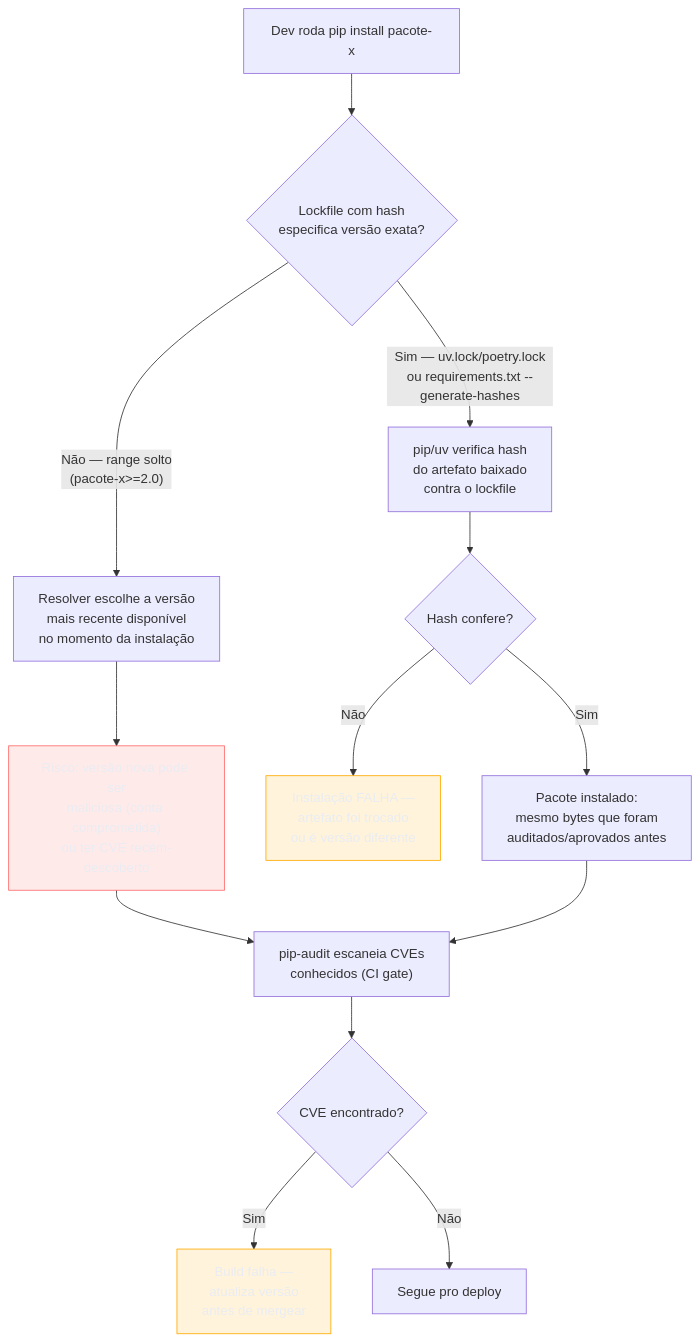
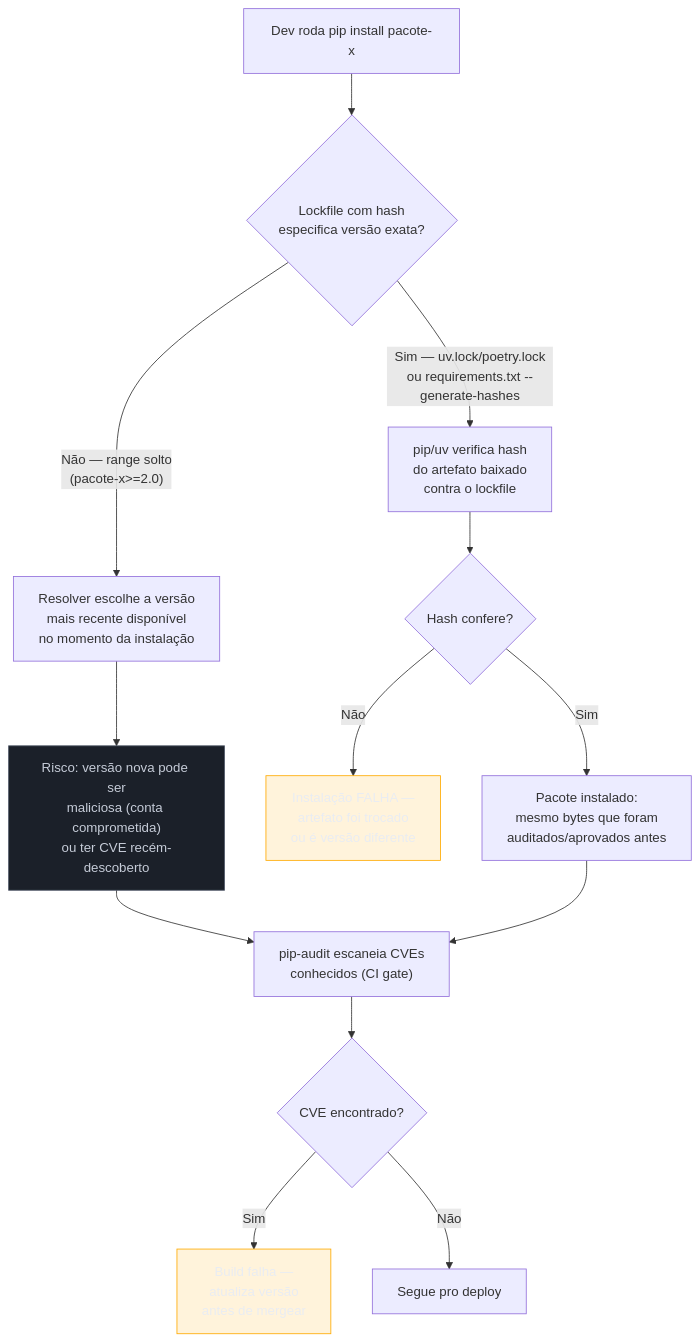
The diagram in 03-Dominios/Tecnologia/Python/Segurança/07 - Segurança de dependências e supply chain.md (josenaldo/codex-technomanticus), drawn with Mermaid before and after one commit. The commit also changed 601 other files, not shown here.

````diff
--- a/03-Dominios/Tecnologia/Python/Segurança/07 - Segurança de dependências e supply chain.md
+++ b/03-Dominios/Tecnologia/Python/Segurança/07 - Segurança de dependências e supply chain.md
@@ -41,21 +41,21 @@
 ```mermaid
 flowchart TD
-    classDef falha fill:#FF6B6B24,stroke:#FF6B6B,color:#E9ECF2
+    classDef neutro fill:#1B2029,stroke:#4E5666,color:#C6CCD8
     classDef destaque fill:#FFAA0024,stroke:#FFAA00,color:#E9ECF2
     A["Dev roda pip install pacote-x"] --> B{"Lockfile com hash\nespecifica versão exata?"}
     B -->|"Não — range solto\n(pacote-x>=2.0)"| C["Resolver escolhe a versão\nmais recente disponível\nno momento da instalação"]
     C --> D["Risco: versão nova pode ser\nmaliciosa (conta comprometida)\nou ter CVE recém-descoberto"]
     B -->|"Sim — uv.lock/poetry.lock\nou requirements.txt --generate-hashes"| E["pip/uv verifica hash\ndo artefato baixado\ncontra o lockfile"]
     E --> F{"Hash confere?"}
     F -->|"Não"| G["Instalação FALHA —\nartefato foi trocado\nou é versão diferente"]
     F -->|"Sim"| H["Pacote instalado:\nmesmo bytes que foram\nauditados/aprovados antes"]
     D --> I["pip-audit escaneia CVEs\nconhecidos (CI gate)"]
     H --> I
     I --> J{"CVE encontrado?"}
     J -->|"Sim"| K["Build falha —\natualiza versão\nantes de mergear"]
     J -->|"Não"| L["Segue pro deploy"]
 
-    class D falha
+    class D neutro
     class G destaque
     class K destaque
 ```
````
